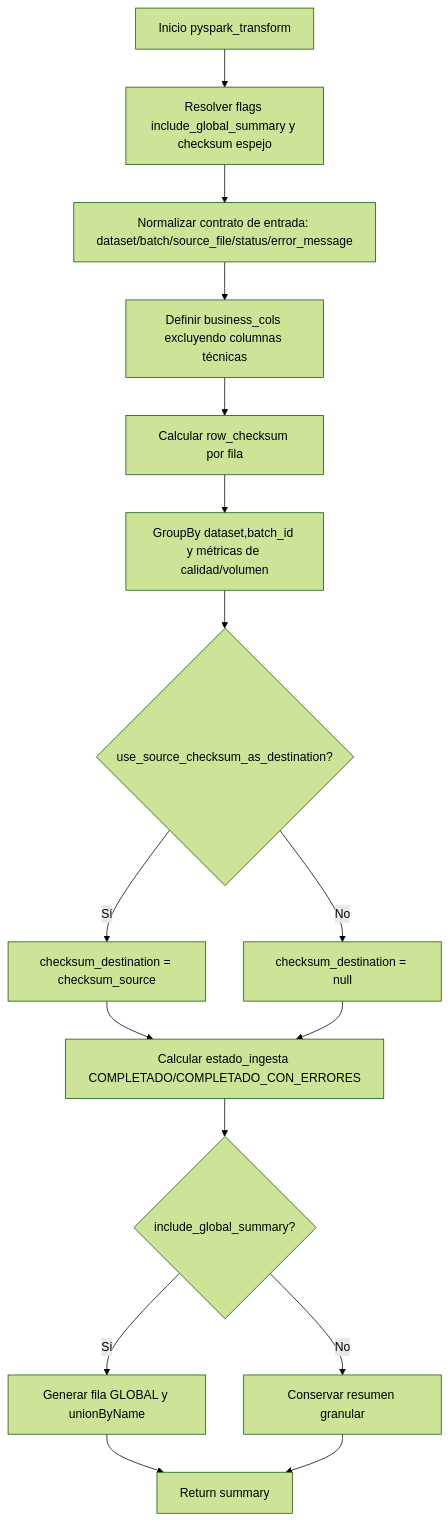
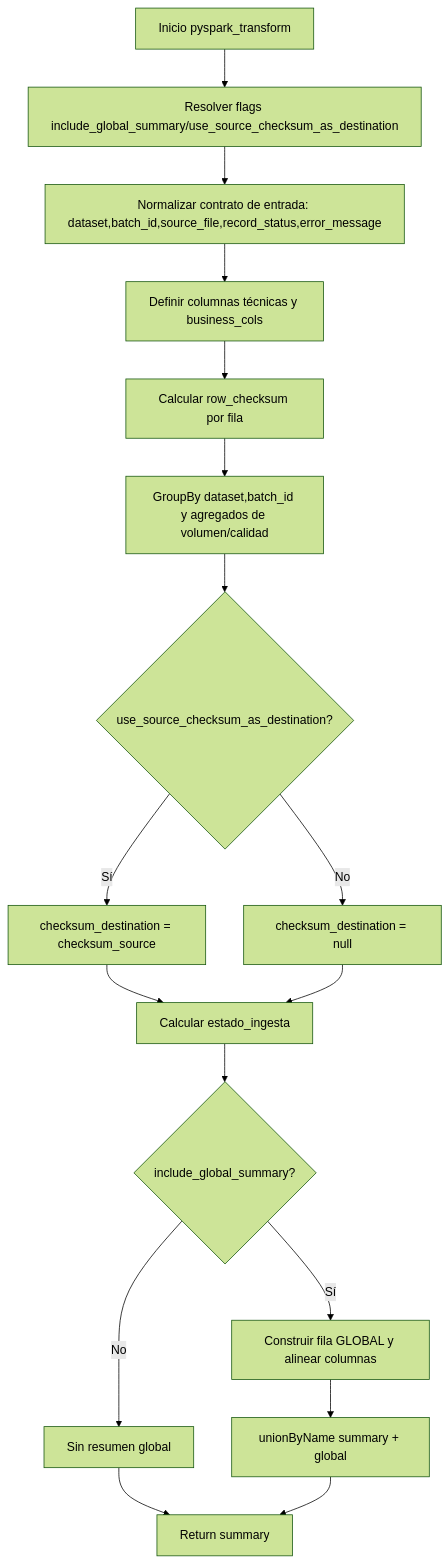
The fourth of 6 diagrams in DIAGRAMAS_FLUJO.md (shperez23/airflow_bp), drawn with Mermaid (forest theme) before and after one commit. The commit also changed other lines of this file, not shown here.

Commit message:
docs: corregir sintaxis mermaid en diagramas de read y write

````diff
--- a/DIAGRAMAS_FLUJO.md
+++ b/DIAGRAMAS_FLUJO.md
@@ -103,18 +131,19 @@
 ```mermaid
 flowchart TD
-    A[Inicio pyspark_transform] --> B[Resolver flags include_global_summary y checksum espejo]
-    B --> C[Normalizar contrato de entrada: dataset/batch/source_file/status/error_message]
-    C --> D[Definir business_cols excluyendo columnas técnicas]
+    A[Inicio pyspark_transform] --> B[Resolver flags include_global_summary/use_source_checksum_as_destination]
+    B --> C[Normalizar contrato de entrada: dataset,batch_id,source_file,record_status,error_message]
+    C --> D[Definir columnas técnicas y business_cols]
     D --> E[Calcular row_checksum por fila]
-    E --> F[GroupBy dataset,batch_id y métricas de calidad/volumen]
+    E --> F[GroupBy dataset,batch_id y agregados de volumen/calidad]
     F --> G{use_source_checksum_as_destination?}
     G -- Sí --> H[checksum_destination = checksum_source]
     G -- No --> I[checksum_destination = null]
-    H --> J[Calcular estado_ingesta COMPLETADO/COMPLETADO_CON_ERRORES]
+    H --> J[Calcular estado_ingesta]
     I --> J
     J --> K{include_global_summary?}
-    K -- Sí --> L[Generar fila GLOBAL y unionByName]
-    K -- No --> M[Conservar resumen granular]
-    L --> N[Return summary]
-    M --> N
+    K -- Sí --> L[Construir fila GLOBAL y alinear columnas]
+    K -- No --> M[Sin resumen global]
+    L --> N[unionByName summary + global]
+    M --> O[Return summary]
+    N --> O
 ```
````
